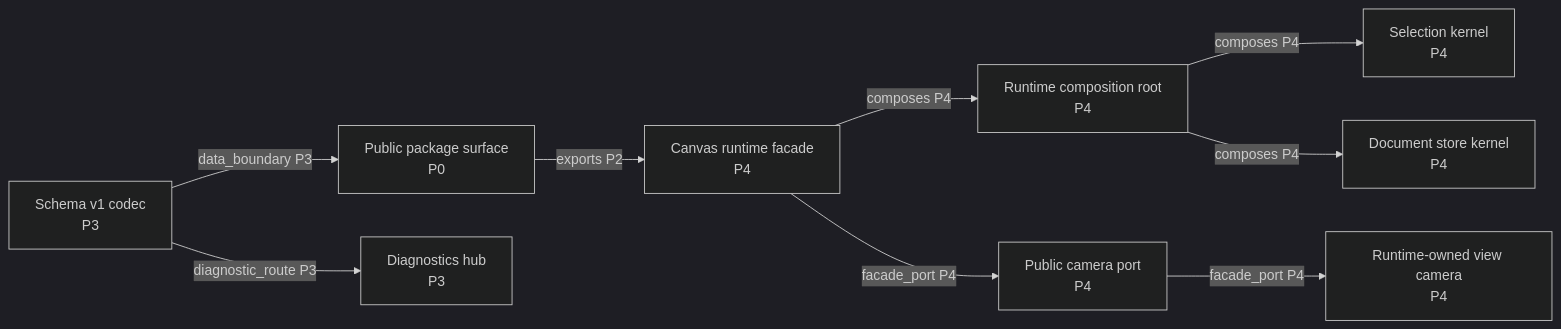
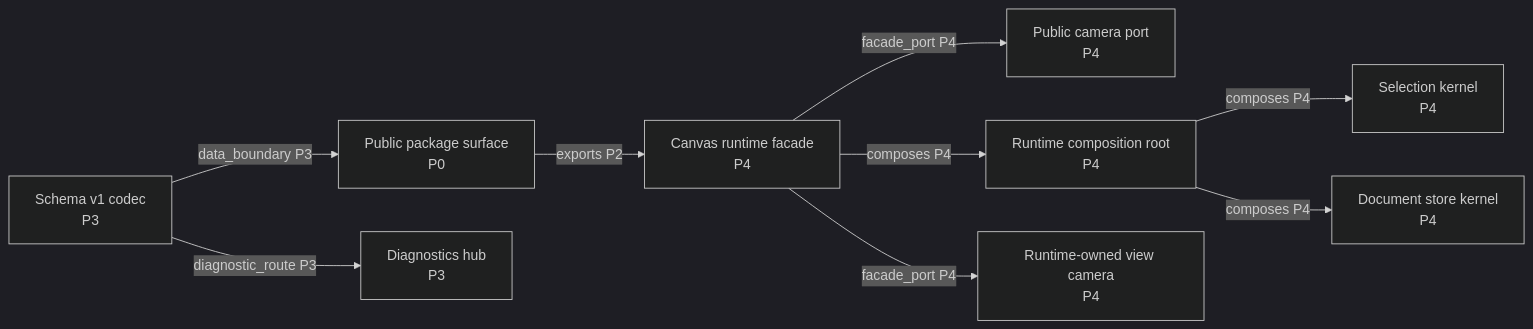
Before and after one commit to GreatPika/iwb_canvas_engine: the diagram in docs/diagrams/generated/current_phase.mmd, drawn with Mermaid (dark theme). The commit also changed 8 other files, not shown here.

```diff
--- a/docs/diagrams/generated/current_phase.mmd
+++ b/docs/diagrams/generated/current_phase.mmd
@@ -1,22 +1,22 @@
 %% GENERATED FILE. Do not edit by hand.
 %% Source: docs/architecture/architecture_graph.yaml
 %% View: Selected phase architecture graph
 %% Selected phase: P4
 flowchart LR
   api_camera_port["Public camera port\nP4"]
   api_canvas_runtime["Canvas runtime facade\nP4"]
   api_public_surface["Public package surface\nP0"]
   codec_schema_v1["Schema v1 codec\nP3"]
   diagnostics_hub["Diagnostics hub\nP3"]
   runtime_root["Runtime composition root\nP4"]
   runtime_view_camera["Runtime-owned view camera\nP4"]
   selection_kernel["Selection kernel\nP4"]
   store_document_kernel["Document store kernel\nP4"]
-  api_camera_port -->|facade_port P4| runtime_view_camera
+  api_canvas_runtime -->|facade_port P4| runtime_view_camera
   api_canvas_runtime -->|composes P4| runtime_root
   api_canvas_runtime -->|facade_port P4| api_camera_port
   api_public_surface -->|exports P2| api_canvas_runtime
   codec_schema_v1 -->|diagnostic_route P3| diagnostics_hub
   codec_schema_v1 -->|data_boundary P3| api_public_surface
   runtime_root -->|composes P4| selection_kernel
   runtime_root -->|composes P4| store_document_kernel
```
